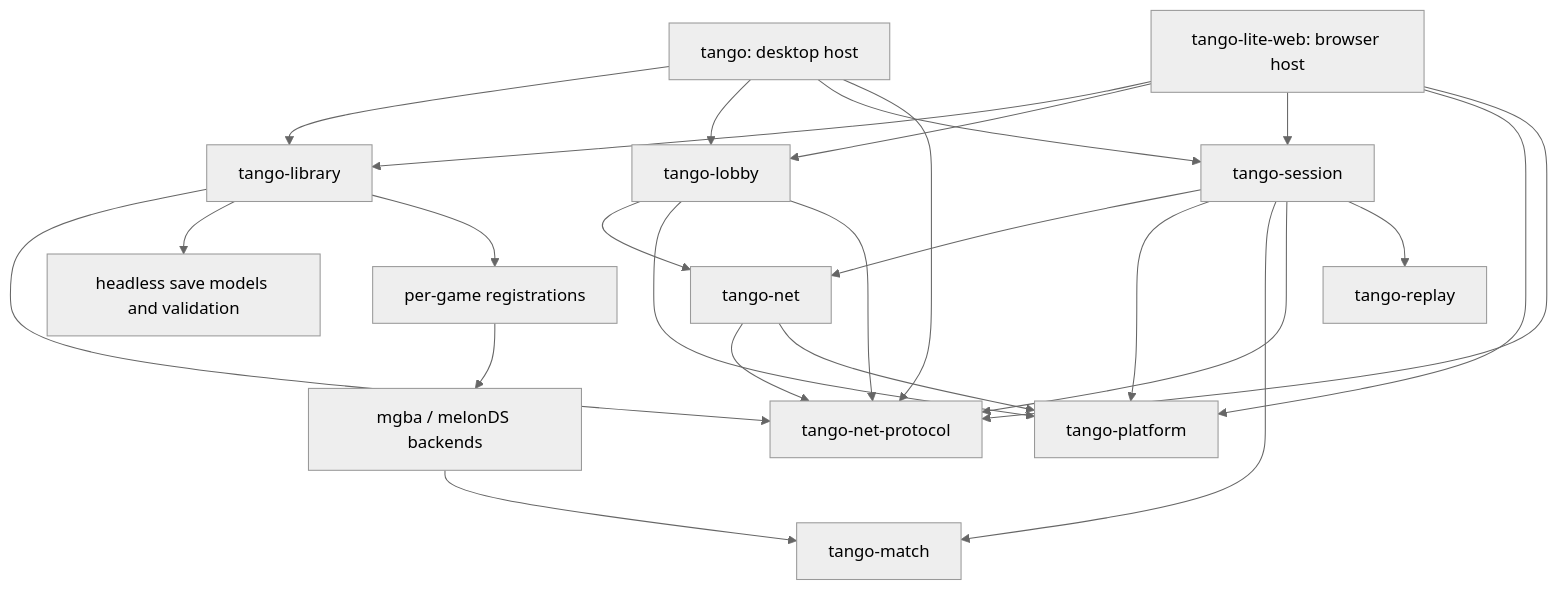
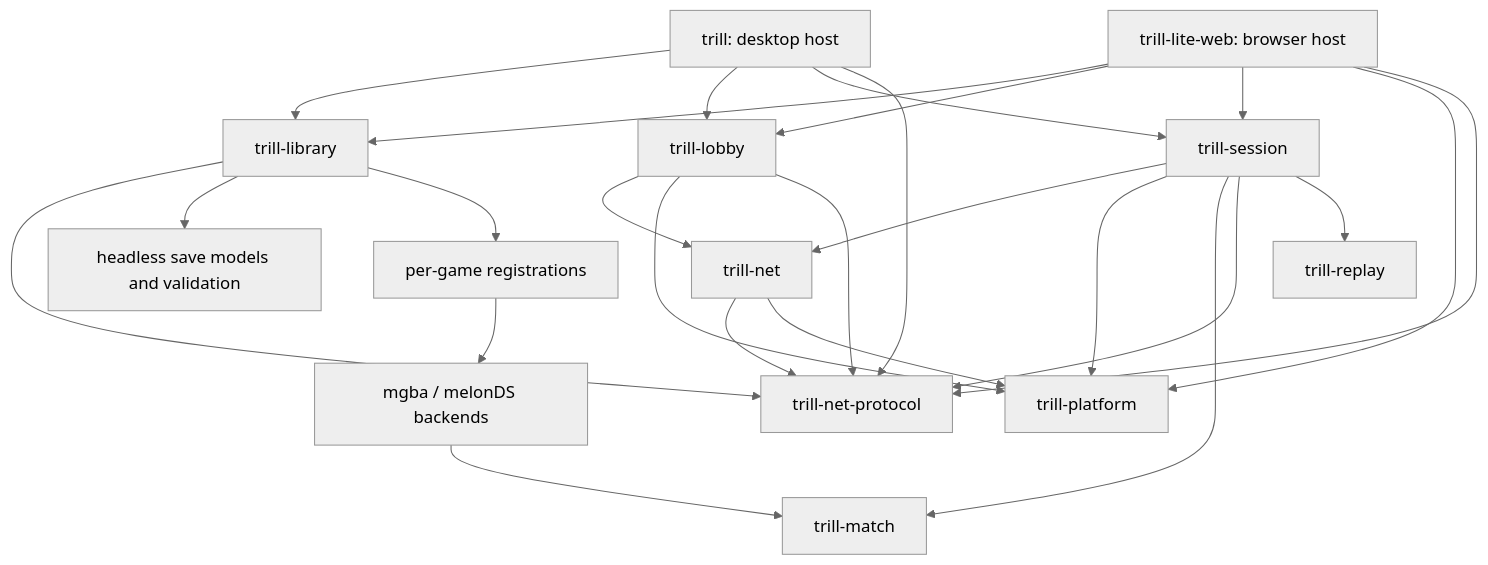
One commit to HCTOrganization/trill changed the diagram in ARCHITECTURE.md. Above: the diagram before and after it, drawn with Mermaid (neutral theme). The commit also changed other lines of this file and 957 other files, not shown here.

````diff
--- a/ARCHITECTURE.md
+++ b/ARCHITECTURE.md
@@ -18,27 +18,27 @@
 ```mermaid
 flowchart TD
-    Desktop[tango: desktop host] --> Library[tango-library]
-    Browser[tango-lite-web: browser host] --> Library
-    Desktop --> Lobby[tango-lobby]
+    Desktop[trill: desktop host] --> Library[trill-library]
+    Browser[trill-lite-web: browser host] --> Library
+    Desktop --> Lobby[trill-lobby]
     Browser --> Lobby
-    Desktop --> Session[tango-session]
+    Desktop --> Session[trill-session]
     Browser --> Session
-    Browser --> Platform[tango-platform]
-    Desktop --> Protocol[tango-net-protocol]
+    Browser --> Platform[trill-platform]
+    Desktop --> Protocol[trill-net-protocol]
     Browser --> Protocol
-    Lobby --> Net[tango-net]
+    Lobby --> Net[trill-net]
     Session --> Net
     Net --> Protocol
     Net --> Platform
     Lobby --> Platform
     Lobby --> Protocol
     Session --> Platform
-    Session --> Match[tango-match]
+    Session --> Match[trill-match]
     Session --> Protocol
-    Session --> Replay[tango-replay]
+    Session --> Replay[trill-replay]
     Library --> Protocol
     Library --> Model[headless save models and validation]
     Library --> Games[per-game registrations]
     Games --> Backends[mgba / melonDS backends]
     Backends --> Match
 ```
````
